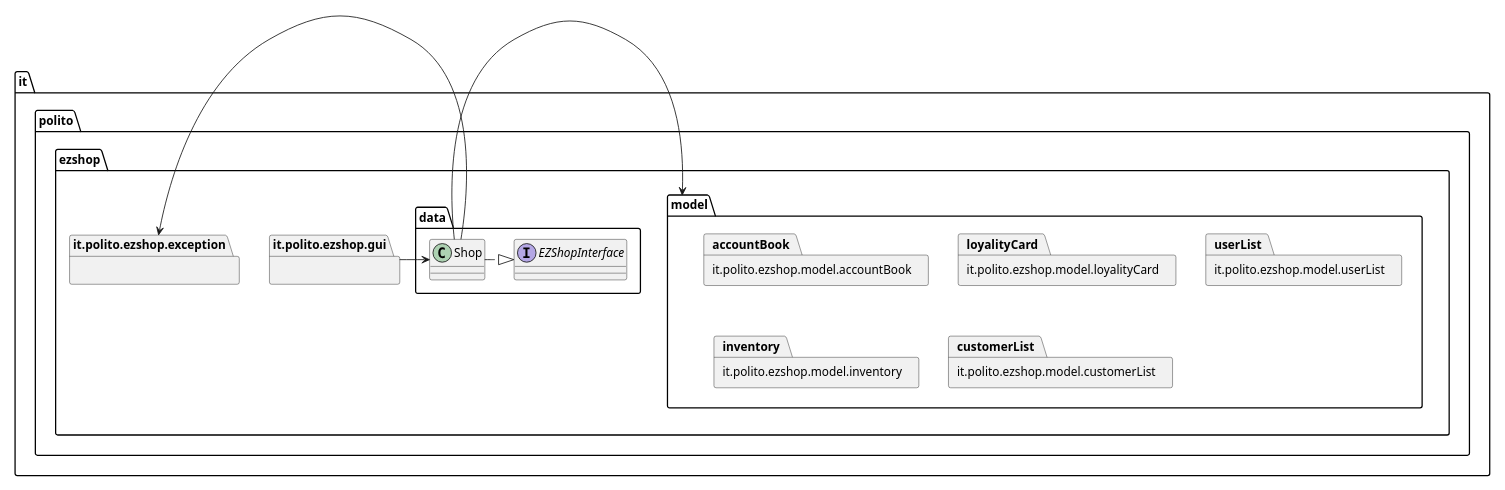
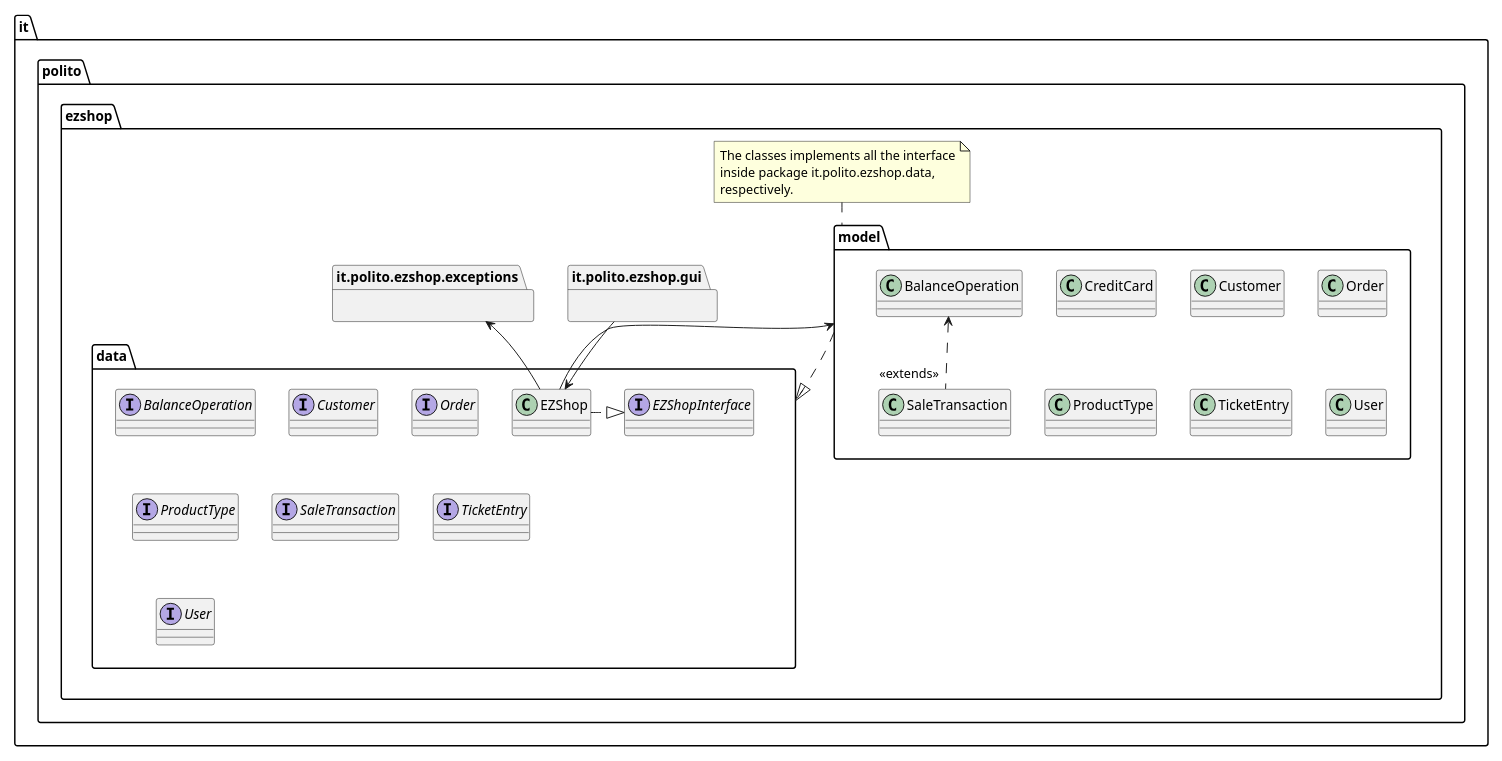
One commit to mkexc/ezshop changed the first of 22 diagrams in Deliverables/DesignDocument.md. Above: the diagram before and after it, drawn with PlantUML. The commit also changed other lines of this file, not shown here.

````diff
--- a/Deliverables/DesignDocument.md
+++ b/Deliverables/DesignDocument.md
@@ -22,31 +22,52 @@
 ```plantuml
 @startuml
 scale 1024 width
 top to bottom direction
 allow_mixing
 
 package it.polito.ezshop {
     package it.polito.ezshop.gui {}
     
-    package it.polito.ezshop.exception {}
+    package it.polito.ezshop.exceptions {}
     
     package it.polito.ezshop.model {
-        package it.polito.ezshop.model.accountBook
-        package it.polito.ezshop.model.loyalityCard
-        package it.polito.ezshop.model.userList
-        package it.polito.ezshop.model.inventory
-        package it.polito.ezshop.model.customerList
+        class it.polito.ezshop.model.BalanceOperation
+        class it.polito.ezshop.model.CreditCard
+        class it.polito.ezshop.model.Customer
+        class it.polito.ezshop.model.Order
+        class it.polito.ezshop.model.ProductType
+        class it.polito.ezshop.model.SaleTransaction
+        class it.polito.ezshop.model.TicketEntry
+        class it.polito.ezshop.model.User
     }
 
     package it.polito.ezshop.data {
         interface it.polito.ezshop.data.EZShopInterface
-        class it.polito.ezshop.data.Shop
+        interface it.polito.ezshop.data.BalanceOperation
+        interface it.polito.ezshop.data.Customer
+        interface it.polito.ezshop.data.Order
+        interface it.polito.ezshop.data.ProductType
+        interface it.polito.ezshop.data.SaleTransaction
+        interface it.polito.ezshop.data.TicketEntry
+        interface it.polito.ezshop.data.User
+        class it.polito.ezshop.data.EZShop
     }
+
+    note as modelImpl
+        The classes implements all the interface
+        inside package it.polito.ezshop.data,
+        respectively.
+    end note
 }
 
-it.polito.ezshop.data.Shop .|> it.polito.ezshop.data.EZShopInterface
-it.polito.ezshop.model <- it.polito.ezshop.data.Shop
-it.polito.ezshop.data.Shop <- it.polito.ezshop.gui
-it.polito.ezshop.exception <- it.polito.ezshop.data.Shop
+
+it.polito.ezshop.data.EZShop .|> it.polito.ezshop.data.EZShopInterface
+it.polito.ezshop.model .|> it.polito.ezshop.data
+it.polito.ezshop.model .up. modelImpl
+it.polito.ezshop.model.BalanceOperation <.. "<<extends>>" it.polito.ezshop.model.SaleTransaction
+it.polito.ezshop.data.EZShop <-up- it.polito.ezshop.gui
+it.polito.ezshop.exceptions <-- it.polito.ezshop.data.EZShop
+it.polito.ezshop.model <-- it.polito.ezshop.data.EZShop
+
 @enduml
 ```
````
